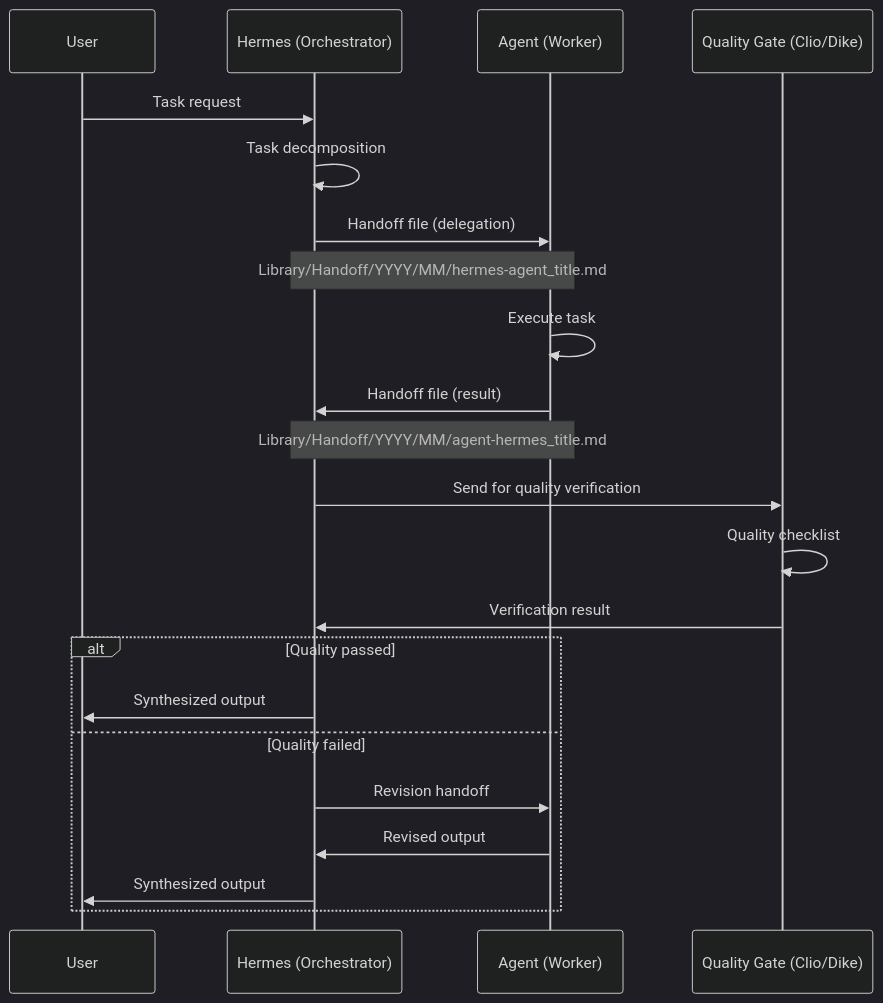
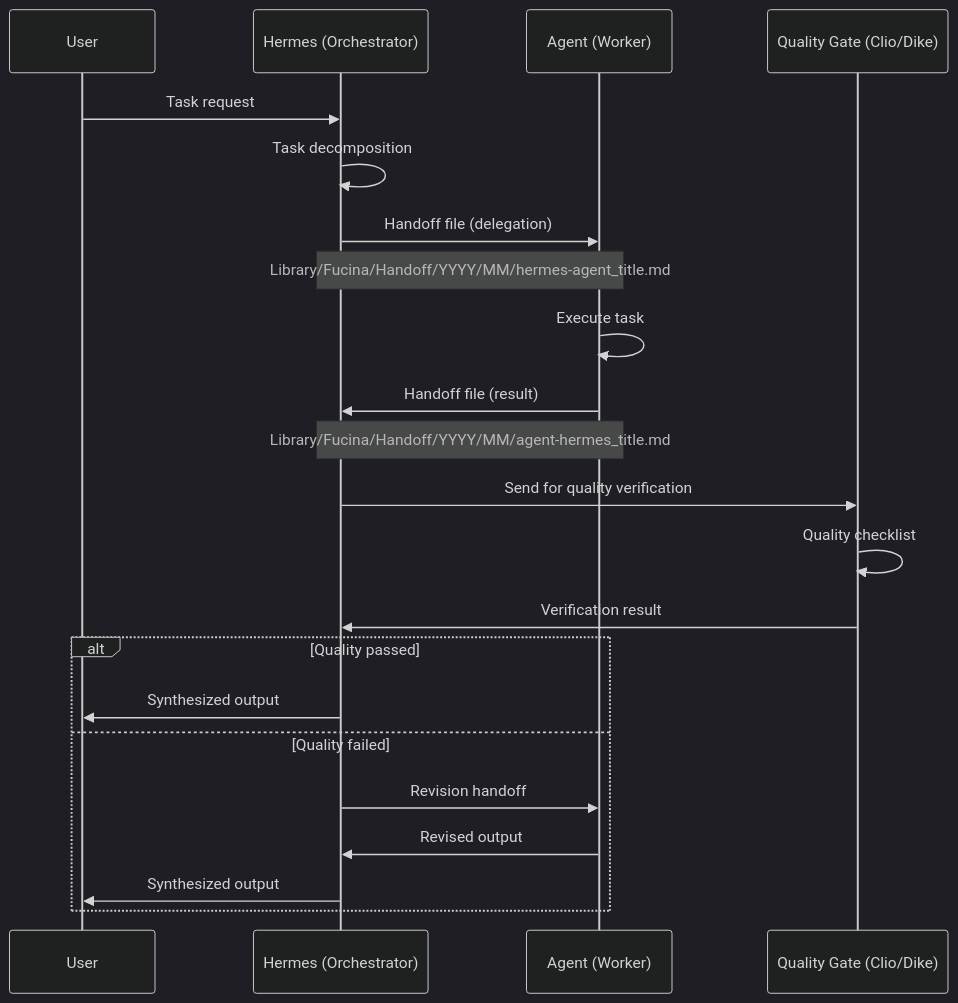
The second of 4 diagrams in paper/whitepaper-it.md (RangO1972/TeamOlimpo), drawn with Mermaid (dark theme) before and after one commit. The commit also changed other lines of this file and 72 other files, not shown here.

````diff
--- a/paper/whitepaper-it.md
+++ b/paper/whitepaper-it.md
@@ -203,28 +203,28 @@
 ```mermaid
 sequenceDiagram
     participant U as User
     participant H as Hermes (Orchestrator)
     participant A as Agent (Worker)
     participant Q as Quality Gate (Clio/Dike)
     
     U->>H: Task request
     H->>H: Task decomposition
     H->>A: Handoff file (delegation)
-    Note over H,A: Library/Handoff/YYYY/MM/hermes-agent_title.md
+    Note over H,A: Library/Fucina/Handoff/YYYY/MM/hermes-agent_title.md
     
     A->>A: Execute task
     A->>H: Handoff file (result)
-    Note over A,H: Library/Handoff/YYYY/MM/agent-hermes_title.md
+    Note over A,H: Library/Fucina/Handoff/YYYY/MM/agent-hermes_title.md
     
     H->>Q: Send for quality verification
     Q->>Q: Quality checklist
     Q->>H: Verification result
     
     alt Quality passed
         H->>U: Synthesized output
     else Quality failed
         H->>A: Revision handoff
         A->>H: Revised output
         H->>U: Synthesized output
     end
 ```
````
